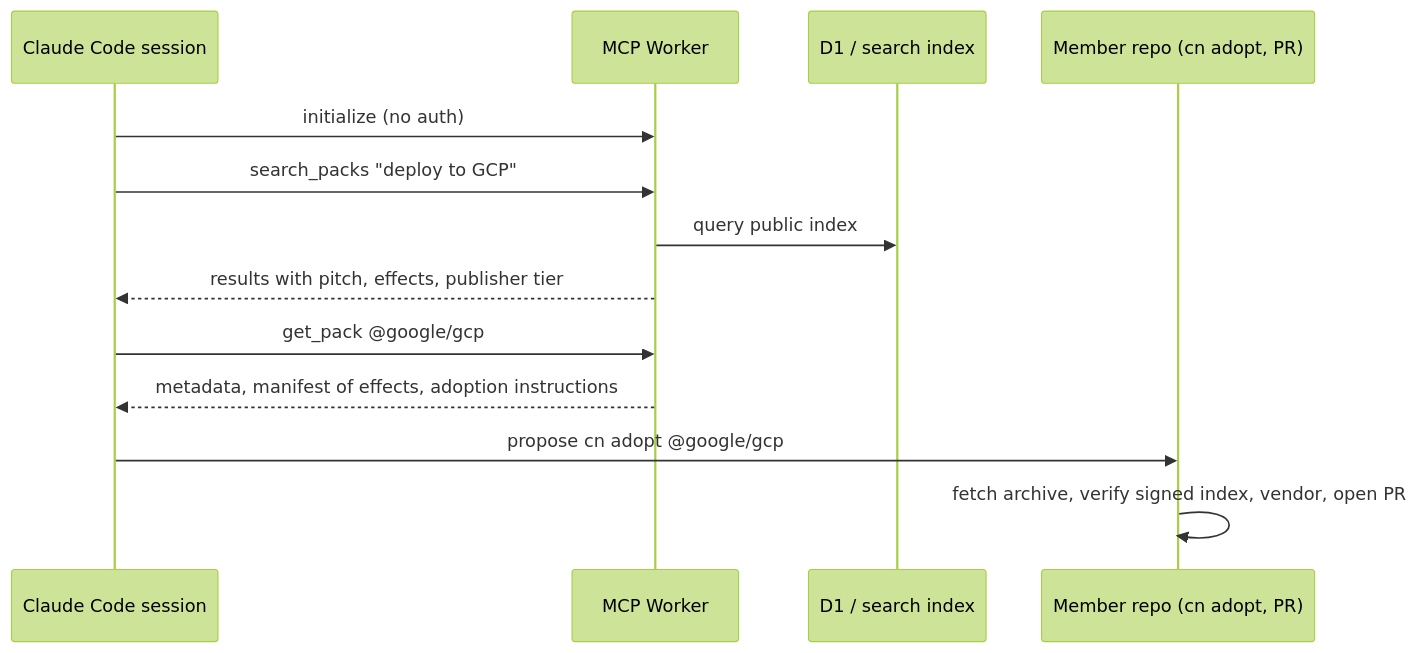
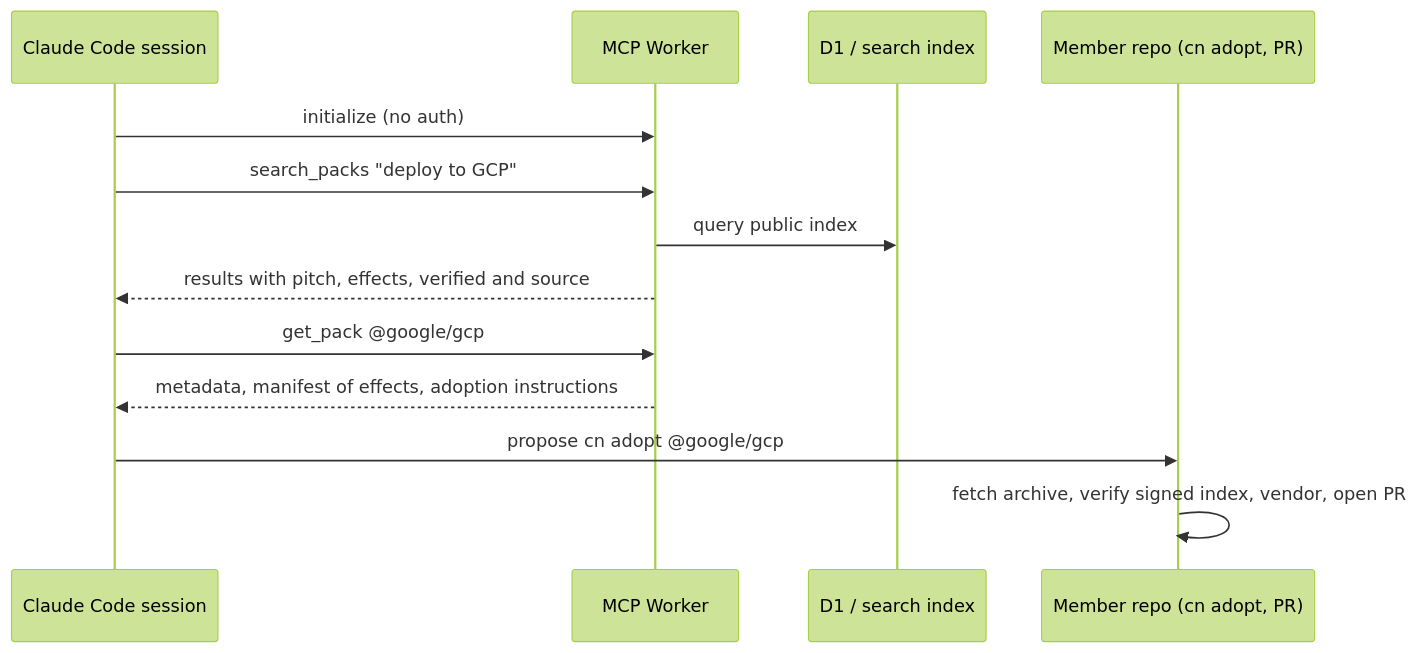
Diagram 11 of 13 in docs/ui/flows.md (Claudinite/PackServer), drawn with Mermaid (forest theme) before and after one commit. The commit also changed other lines of this file and 4 other files, not shown here.

First line of the commit message:
Make trust binary: verified publisher or not, with its source

````diff
--- a/docs/ui/flows.md
+++ b/docs/ui/flows.md
@@ -467,15 +467,15 @@
 ```mermaid
 sequenceDiagram
   participant Ag as Claude Code session
   participant M as MCP Worker
   participant D as D1 / search index
   participant Repo as Member repo (cn adopt, PR)
   Ag->>M: initialize (no auth)
   Ag->>M: search_packs "deploy to GCP"
   M->>D: query public index
-  M-->>Ag: results with pitch, effects, publisher tier
+  M-->>Ag: results with pitch, effects, verified and source
   Ag->>M: get_pack @google/gcp
   M-->>Ag: metadata, manifest of effects, adoption instructions
   Ag->>Repo: propose cn adopt @google/gcp
   Repo->>Repo: fetch archive, verify signed index, vendor, open PR
 ```
````
